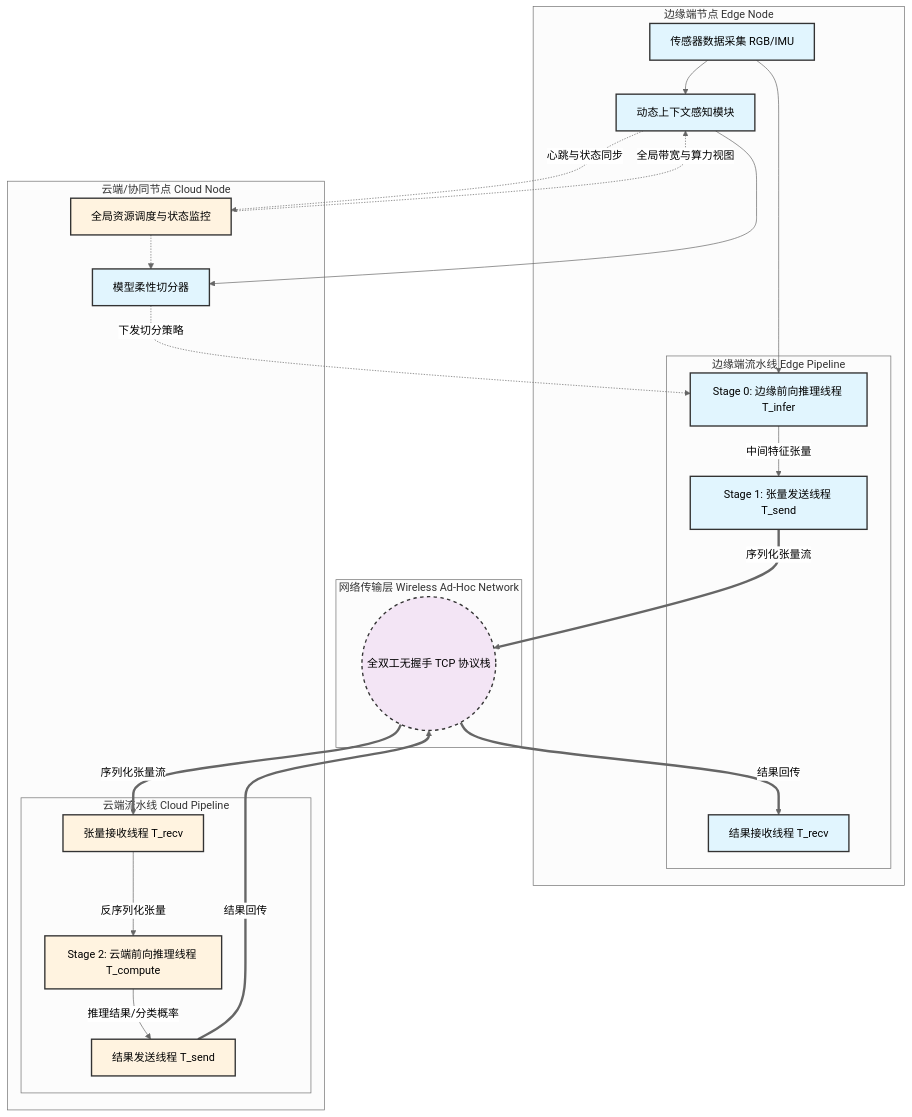
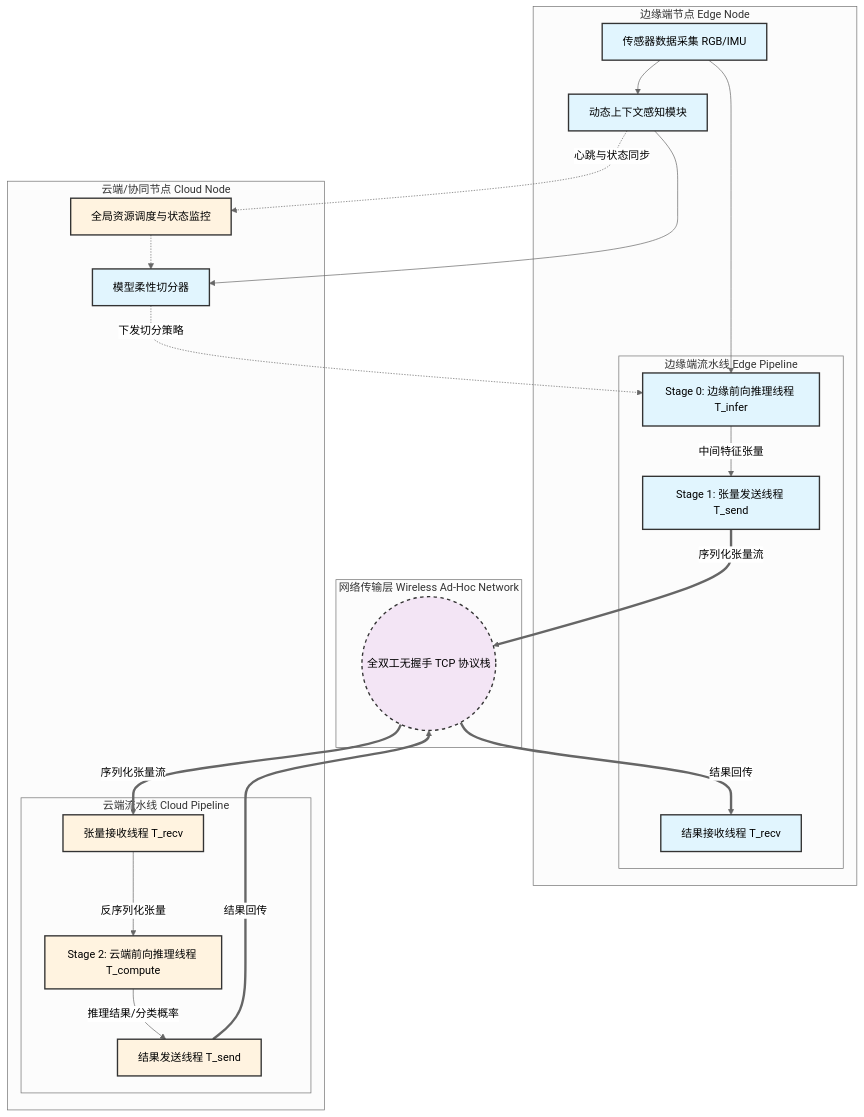
The diagram in all/AI-1.md (intmain-yy/iodraw-files), drawn with Mermaid (neutral theme) before and after one commit.

Commit message:
2026-02-27 16:47:54 update

````diff
--- a/all/AI-1.md
+++ b/all/AI-1.md
@@ -1,52 +1,52 @@
 ```mermaid
 graph TD
     subgraph "边缘端节点 Edge Node"
         A1["传感器数据采集 RGB/IMU"] --> A2[动态上下文感知模块]
         
         
         subgraph "边缘端流水线 Edge Pipeline"
             A4[Stage 0: 边缘前向推理线程 T_infer]
             A5[Stage 1: 张量发送线程 T_send]
             A6[结果接收线程 T_recv]
         end
         
         
         A1 --> A4
         A4 -->|中间特征张量| A5
     end
 
     subgraph "网络传输层 Wireless Ad-Hoc Network"
         N1(("全双工无握手 TCP 协议栈"))
     end
 
     subgraph "云端/协同节点 Cloud Node"
         subgraph "云端流水线 Cloud Pipeline"
             C1[张量接收线程 T_recv]
             C2[Stage 2: 云端前向推理线程 T_compute]
             C3[结果发送线程 T_send]
         end
         
         C4[全局资源调度与状态监控]
         C4-.->A3
         A2 --> A3[模型柔性切分器]
         A3 -.->|下发切分策略| A4
     end
 
     A5 ==>|序列化张量流| N1
     N1 ==>|序列化张量流| C1
     C1 -->|反序列化张量| C2
     C2 -->|"推理结果/分类概率"| C3
     C3 ==>|结果回传| N1
     N1 ==>|结果回传| A6
     
     A2 -.->|心跳与状态同步| C4
-    C4 -.->|全局带宽与算力视图| A2
+    %% C4 -.->|全局带宽与算力视图| A2
 
     classDef edge fill:#e1f5fe,stroke:#333,stroke-width:2px;
     classDef cloud fill:#fff3e0,stroke:#333,stroke-width:2px;
     classDef net fill:#f3e5f5,stroke:#333,stroke-width:2px,stroke-dasharray: 5 5;
     
     class A1,A2,A3,A4,A5,A6 edge;
     class C1,C2,C3,C4 cloud;
     class N1 net;
 ```
````
